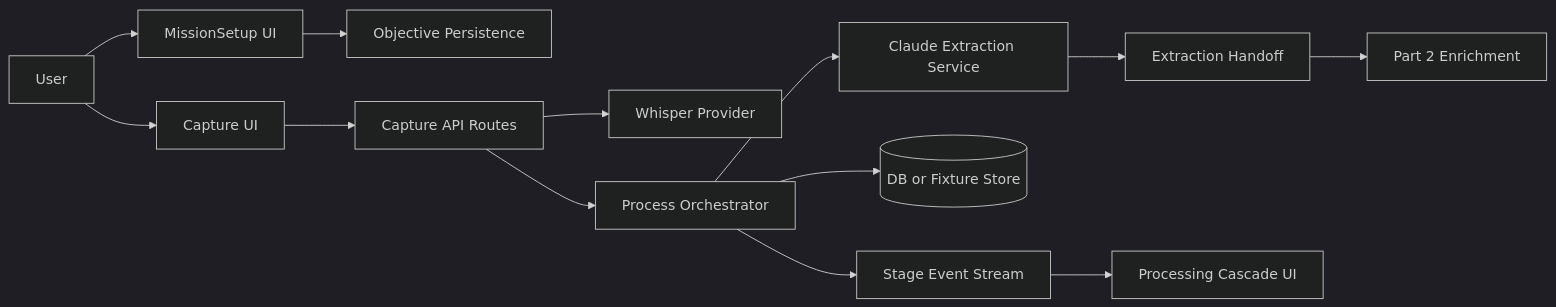
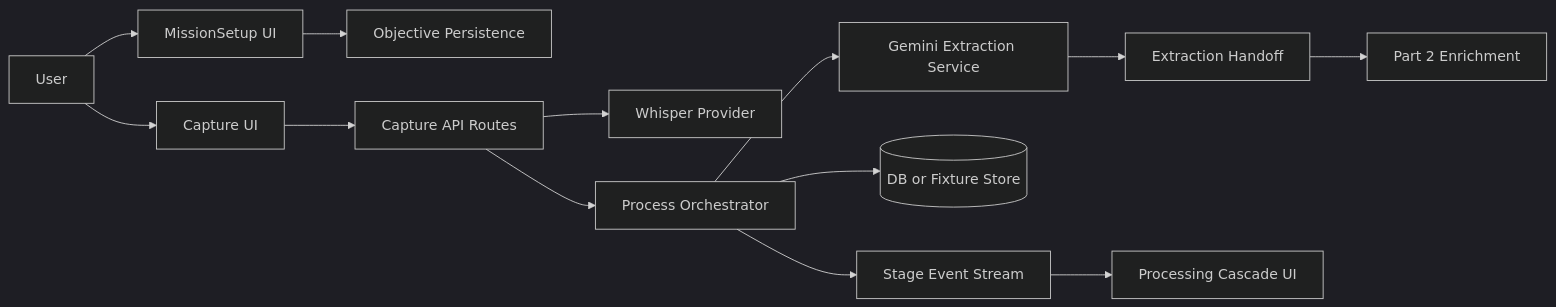
Before and after one commit to amalia020/Aftermeet: the first of 2 diagrams in docs/intelligence-layer-part-1-capture-extraction-sdd.md, drawn with Mermaid (dark theme). The commit also changed other lines of this file and 62 other files, not shown here.

````diff
--- a/docs/intelligence-layer-part-1-capture-extraction-sdd.md
+++ b/docs/intelligence-layer-part-1-capture-extraction-sdd.md
@@ -97,15 +97,15 @@
 ```mermaid
 flowchart LR
   User[User] --> Mission[MissionSetup UI]
   User --> Capture[Capture UI]
   Mission --> ObjectiveAPI[Objective Persistence]
   Capture --> CaptureAPI[Capture API Routes]
   CaptureAPI --> Transcription[Whisper Provider]
   CaptureAPI --> Process[Process Orchestrator]
-  Process --> Extraction[Claude Extraction Service]
+  Process --> Extraction[Gemini Extraction Service]
   Process --> Store[(DB or Fixture Store)]
   Process --> Stream[Stage Event Stream]
   Extraction --> Handoff[Extraction Handoff]
   Handoff --> Part2[Part 2 Enrichment]
   Stream --> Cascade[Processing Cascade UI]
 ```
````
